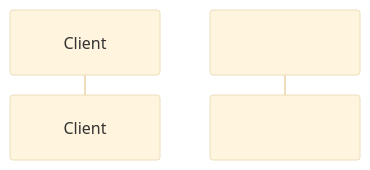
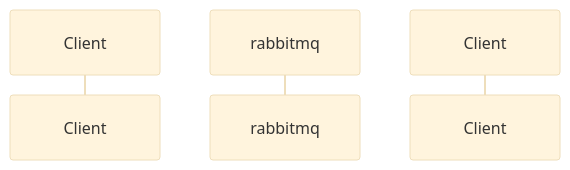
The diagram in all/未命名-7.md (googlelxhgithub/iodraw-files), drawn with Mermaid (base theme) before and after one commit.

Commit message:
2024-08-31 07:13:58 update

````diff
--- a/all/未命名-7.md
+++ b/all/未命名-7.md
@@ -1,5 +1,6 @@
 ```mermaid
 sequenceDiagram
     participant c as Client
-    participant mq as 
+    participant mq as rabbitmq
+    participant C as Client
 ```
````
